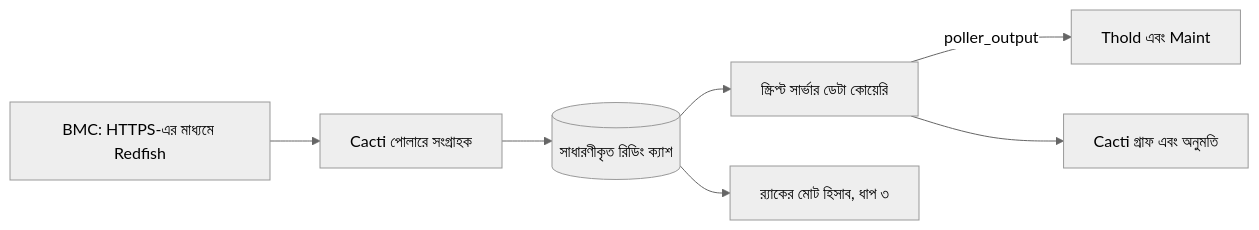
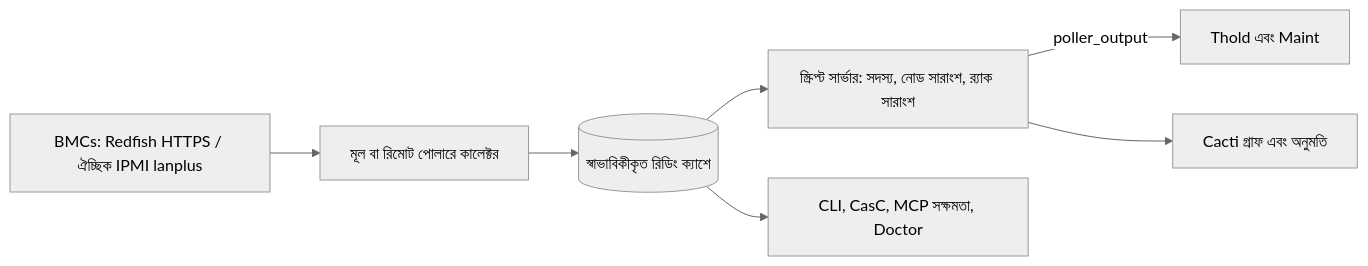
Before and after one commit to somethingwithproof/plugin_redfish: the diagram in docs/i18n/bn-BD/README.md, drawn with Mermaid (neutral theme). The commit also changed other lines of this file and 47 other files, not shown here.

````diff
--- a/docs/i18n/bn-BD/README.md
+++ b/docs/i18n/bn-BD/README.md
@@ -90,9 +140,9 @@
 ```mermaid
 flowchart LR
-    BMC["BMC: HTTPS-এর মাধ্যমে Redfish"] --> C["Cacti পোলারে সংগ্রাহক"]
-    C --> CACHE[("সাধারণীকৃত রিডিং ক্যাশ")]
-    CACHE --> SS["স্ক্রিপ্ট সার্ভার ডেটা কোয়েরি"]
+    BMC["BMCs: Redfish HTTPS / ঐচ্ছিক IPMI lanplus"] --> C["মূল বা রিমোট পোলারে কালেক্টর"]
+    C --> CACHE[("স্বাভাবিকীকৃত রিডিং ক্যাশে")]
+    CACHE --> SS["স্ক্রিপ্ট সার্ভার: সদস্য, নোড সারাংশ, র‍্যাক সারাংশ"]
     SS -->|poller_output| T["Thold এবং Maint"]
     SS --> G["Cacti গ্রাফ এবং অনুমতি"]
-    CACHE --> R["র‍্যাকের মোট হিসাব, ধাপ ৩"]
+    CACHE --> ECO["CLI, CasC, MCP সক্ষমতা, Doctor"]
 ```
````
